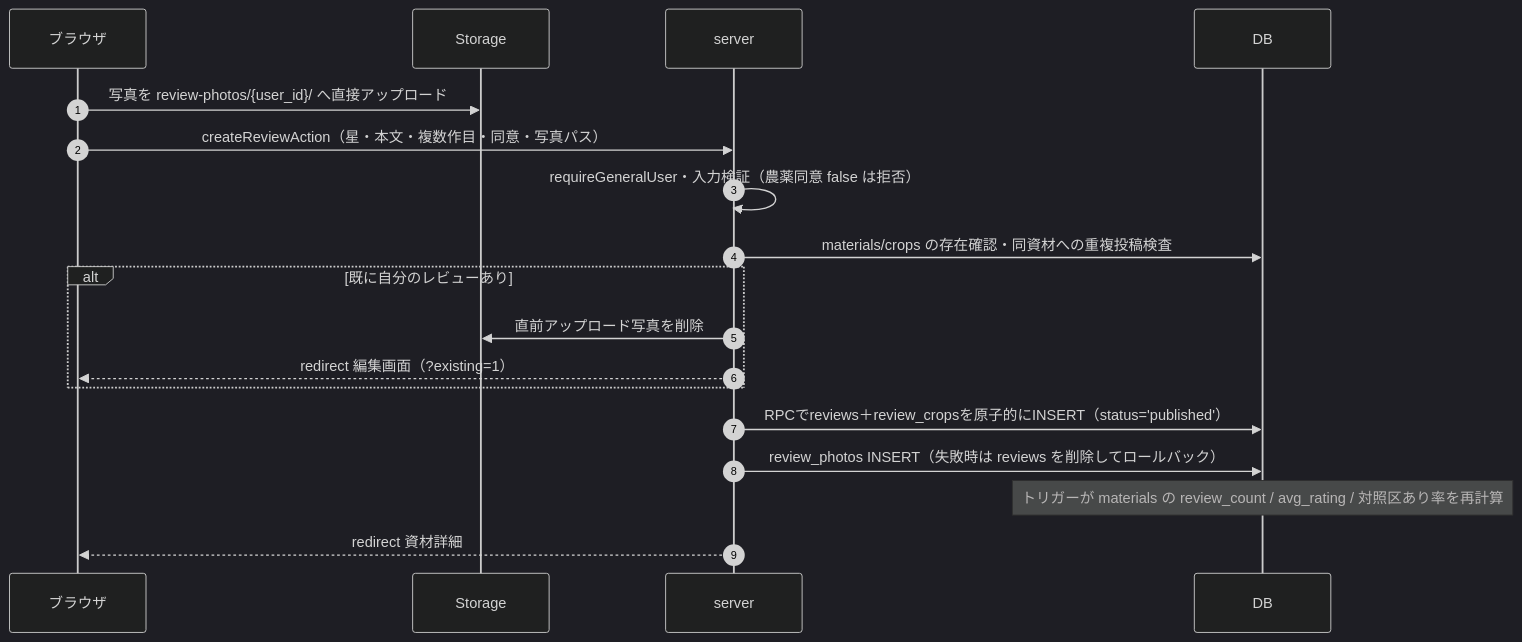
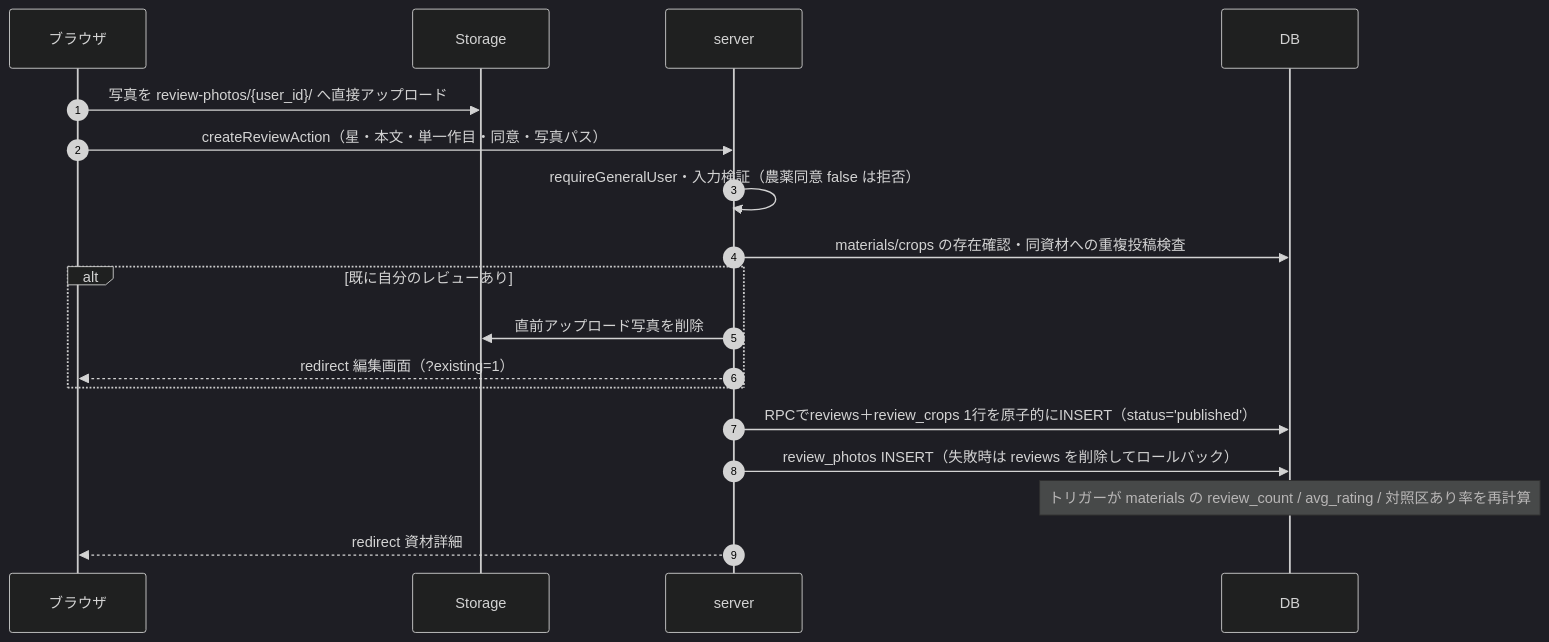
One commit to farmille/farmille changed the tenth of 17 diagrams in docs/rebuild/06-diagrams.md. Above: the diagram before and after it, drawn with Mermaid (dark theme). The commit also changed other lines of this file and 247 other files, not shown here.

````diff
--- a/docs/rebuild/06-diagrams.md
+++ b/docs/rebuild/06-diagrams.md
@@ -583,21 +593,21 @@
 ```mermaid
 sequenceDiagram
     autonumber
     participant B as ブラウザ
     participant ST as Storage
     participant S as server
     participant D as DB
 
     B->>ST: 写真を review-photos/{user_id}/ へ直接アップロード
-    B->>S: createReviewAction（星・本文・複数作目・同意・写真パス）
+    B->>S: createReviewAction（星・本文・単一作目・同意・写真パス）
     S->>S: requireGeneralUser・入力検証（農薬同意 false は拒否）
     S->>D: materials/crops の存在確認・同資材への重複投稿検査
     alt 既に自分のレビューあり
         S->>ST: 直前アップロード写真を削除
         S-->>B: redirect 編集画面（?existing=1）
     end
-    S->>D: RPCでreviews＋review_cropsを原子的にINSERT（status='published'）
+    S->>D: RPCでreviews＋review_crops 1行を原子的にINSERT（status='published'）
     S->>D: review_photos INSERT（失敗時は reviews を削除してロールバック）
     Note over D: トリガーが materials の review_count / avg_rating / 対照区あり率を再計算
     S-->>B: redirect 資材詳細 #reviews-heading（投稿完了トースト）
 ```
````
